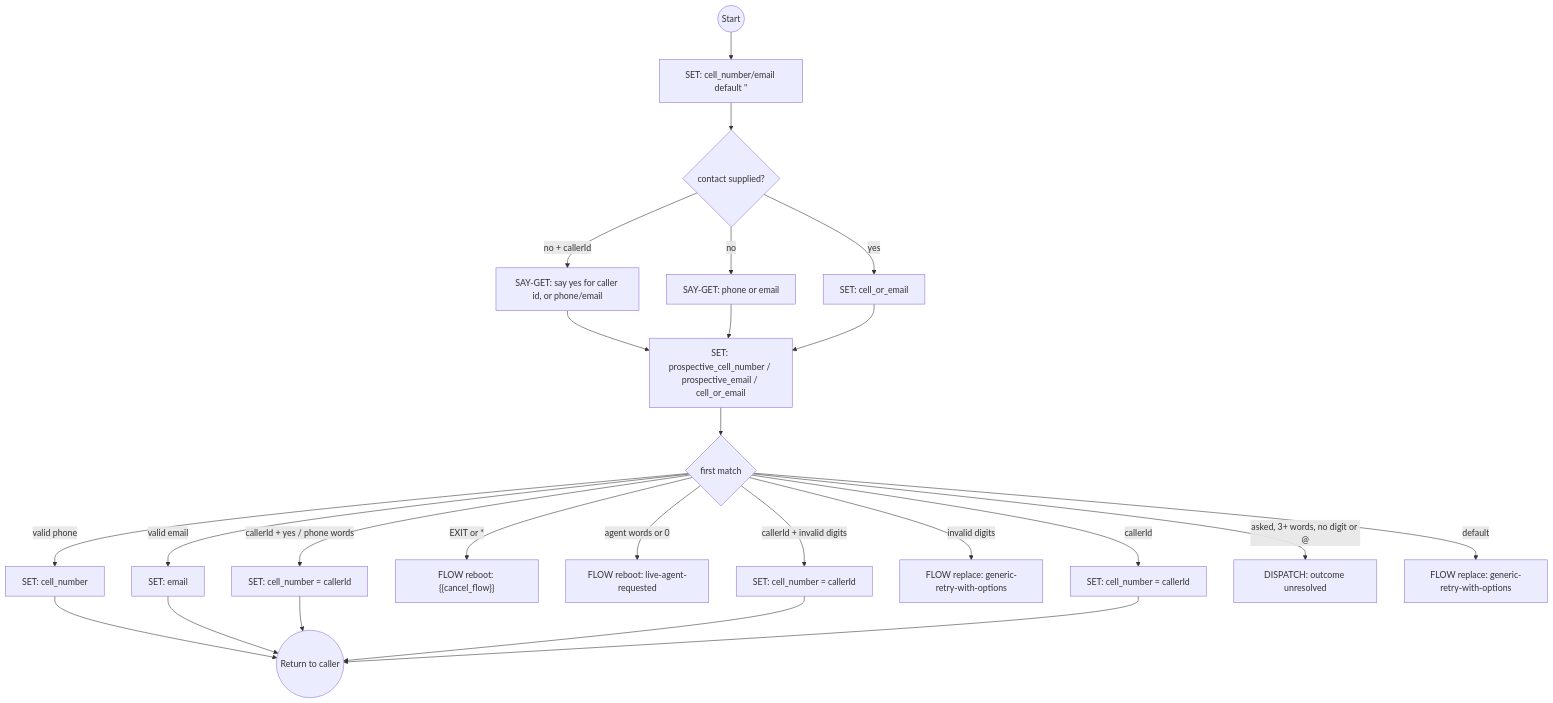
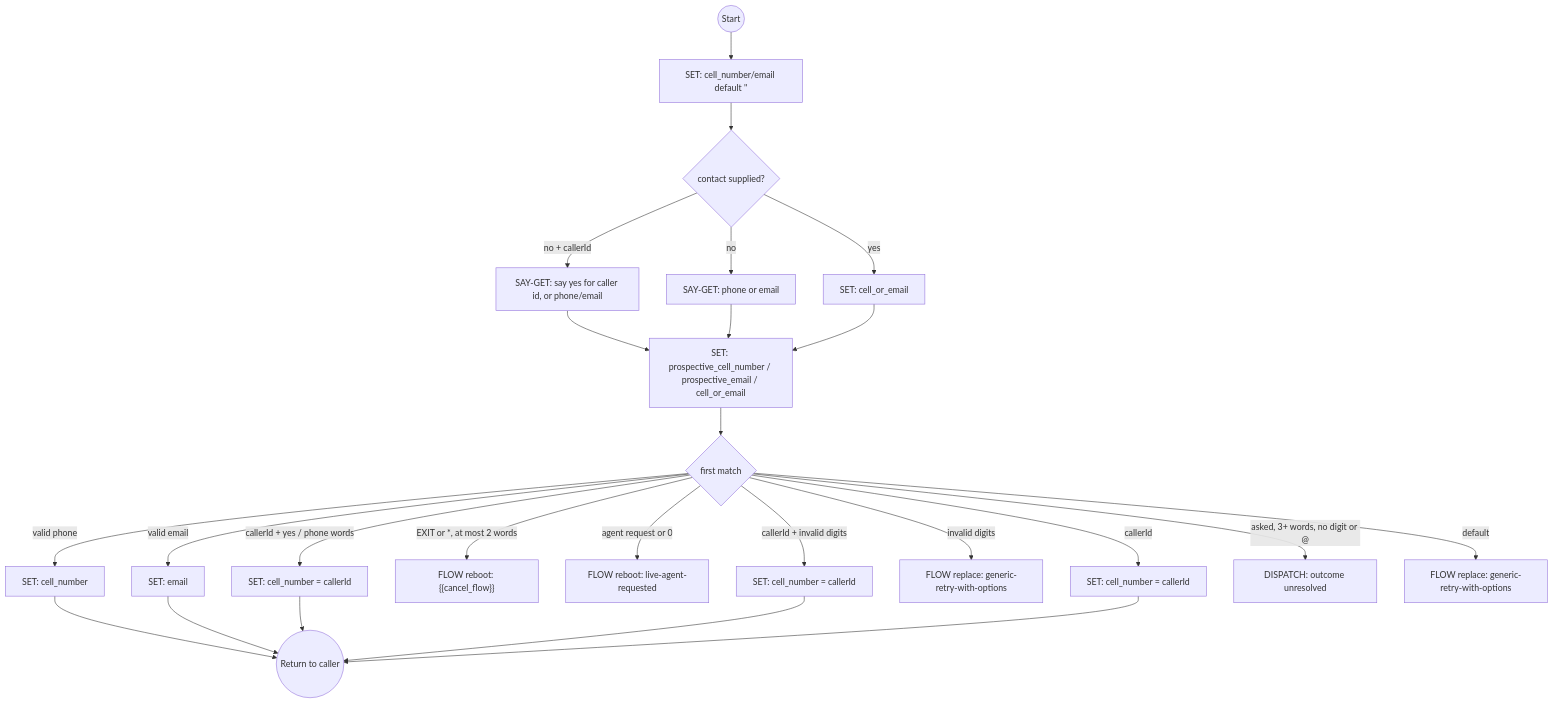
Before and after one commit to ronpinkas/jsfe: the sixth of 14 diagrams in docs/system-flows.md, drawn with Mermaid. The commit also changed other lines of this file and 1 other file, not shown here.

Commit message:
docs: system and Shopify flow pages on the shared answer vocabulary (isAnswer, isAgentRequest)

````diff
--- a/docs/system-flows.md
+++ b/docs/system-flows.md
@@ -305,27 +310,27 @@
 ```mermaid
 graph TD
     start((Start)) --> guards[SET: cell_number/email default '']
     guards --> ask{contact supplied?}
     ask -->|no + callerId| ask_with_caller_id[SAY-GET: say yes for caller id, or phone/email]
     ask -->|no| ask_plain[SAY-GET: phone or email]
     ask -->|yes| use_provided[SET: cell_or_email]
     ask_with_caller_id --> normalize[SET: prospective_cell_number / prospective_email / cell_or_email]
     ask_plain --> normalize
     use_provided --> normalize
     normalize --> branch{first match}
     branch -->|valid phone| valid_phone[SET: cell_number]
     branch -->|valid email| valid_email[SET: email]
     branch -->|callerId + yes / phone words| use_caller_id[SET: cell_number = callerId]
-    branch -->|EXIT or *| abort_process["FLOW reboot: {{cancel_flow}}"]
-    branch -->|agent words or 0| goto_live_agent[FLOW reboot: live-agent-requested]
+    branch -->|EXIT or *, at most 2 words| abort_process["FLOW reboot: {{cancel_flow}}"]
+    branch -->|agent request or 0| goto_live_agent[FLOW reboot: live-agent-requested]
     branch -->|callerId + invalid digits| fallback_invalid[SET: cell_number = callerId]
     branch -->|invalid digits| invalid_phone[FLOW replace: generic-retry-with-options]
     branch -->|callerId| fallback_unrecognized[SET: cell_number = callerId]
     branch -->|asked, 3+ words, no digit or @| off_topic["DISPATCH: outcome unresolved"]
     branch -->|default| retry[FLOW replace: generic-retry-with-options]
     valid_phone --> stop((Return to caller))
     valid_email --> stop
     use_caller_id --> stop
     fallback_invalid --> stop
     fallback_unrecognized --> stop
 ```
````
